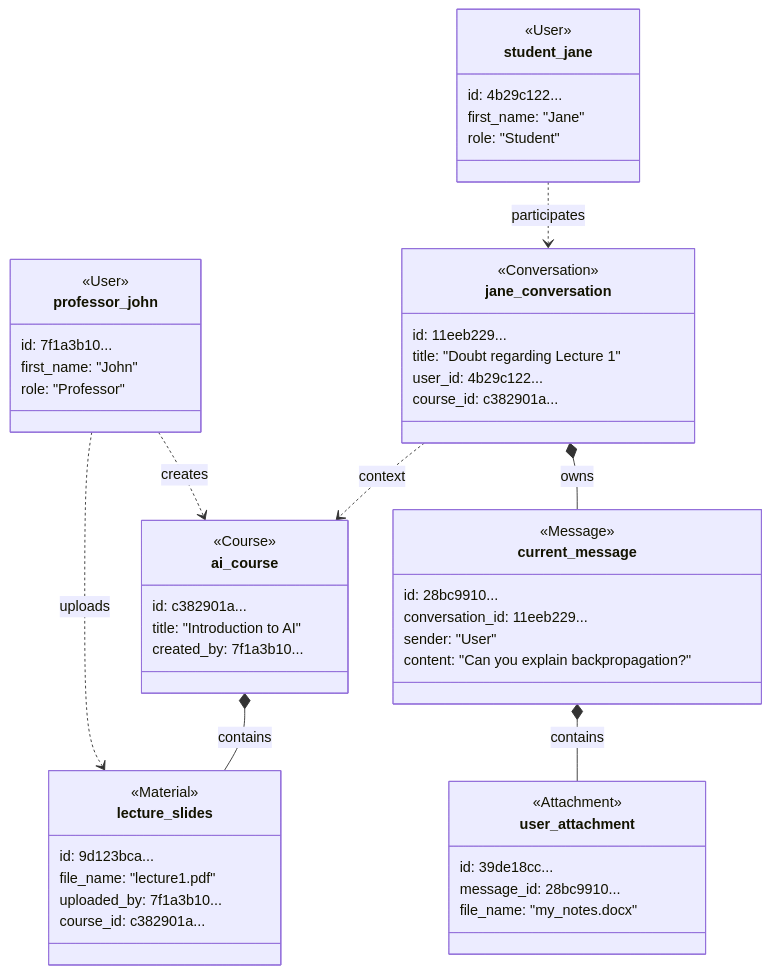
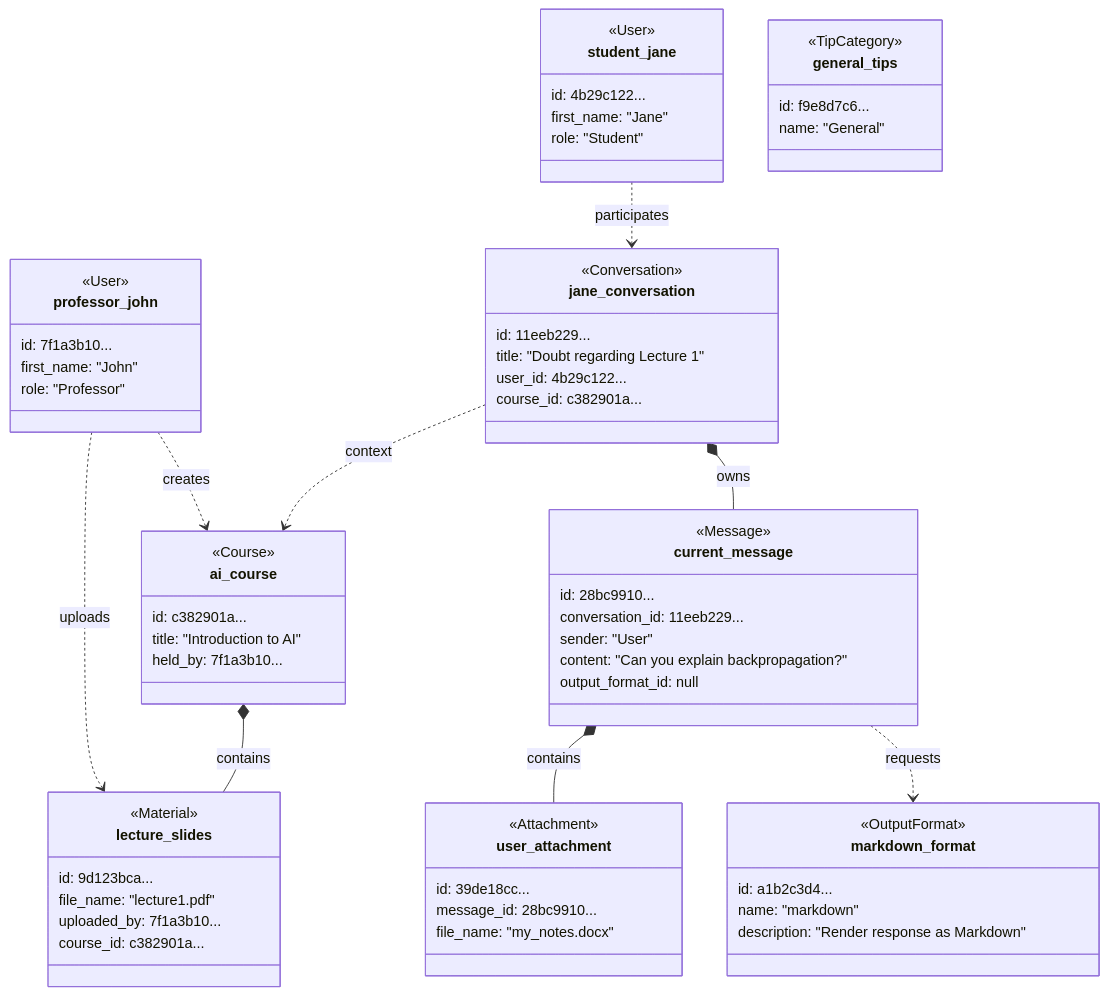
The third of 3 diagrams in DATABASE_SCHEMA.md (ULBS-cauci/backend), drawn with Mermaid before and after one commit. The commit also changed other lines of this file and 4 other files, not shown here.

First line of the commit message:
feat(schemas): introduce output_formats & tip_categories lookup tables

````diff
--- a/DATABASE_SCHEMA.md
+++ b/DATABASE_SCHEMA.md
@@ -219,66 +251,81 @@
 ```mermaid
 classDiagram
     %% Object Instances
     class professor_john {
         <<User>>
         id: 7f1a3b10...
         first_name: "John"
         role: "Professor"
     }
 
     class student_jane {
         <<User>>
         id: 4b29c122...
         first_name: "Jane"
         role: "Student"
     }
 
     class ai_course {
         <<Course>>
         id: c382901a...
         title: "Introduction to AI"
-        created_by: 7f1a3b10...
+        held_by: 7f1a3b10...
     }
-hel
+
     class lecture_slides {
         <<Material>>
         id: 9d123bca...
         file_name: "lecture1.pdf"
         uploaded_by: 7f1a3b10...
         course_id: c382901a...
     }
 
     class jane_conversation {
         <<Conversation>>
         id: 11eeb229...
         title: "Doubt regarding Lecture 1"
         user_id: 4b29c122...
         course_id: c382901a...
     }
-    
+
     class current_message {
         <<Message>>
         id: 28bc9910...
         conversation_id: 11eeb229...
         sender: "User"
         content: "Can you explain backpropagation?"
+        output_format_id: null
     }
 
     class user_attachment {
         <<Attachment>>
         id: 39de18cc...
         message_id: 28bc9910...
         file_name: "my_notes.docx"
     }
 
+    class markdown_format {
+        <<OutputFormat>>
+        id: a1b2c3d4...
+        name: "markdown"
+        description: "Render response as Markdown"
+    }
+
+    class general_tips {
+        <<TipCategory>>
+        id: f9e8d7c6...
+        name: "General"
+    }
+
     %% Object Links
     professor_john ..> ai_course : creates
     professor_john ..> lecture_slides : uploads
     ai_course *-- lecture_slides : contains
-    
+
     student_jane ..> jane_conversation : participates
     jane_conversation ..> ai_course : context
-    
+
     jane_conversation *-- current_message : owns
     current_message *-- user_attachment : contains
+    current_message ..> markdown_format : requests
 ```
````
